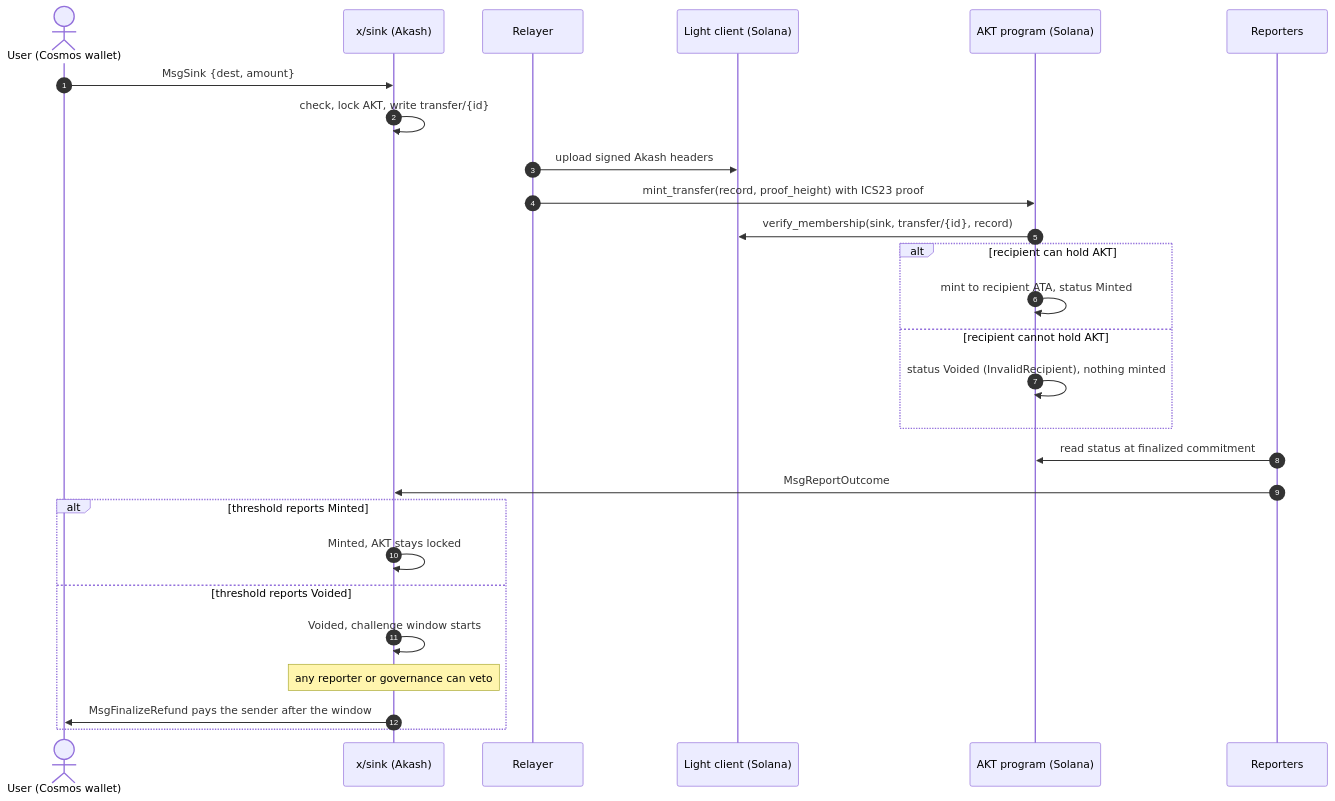
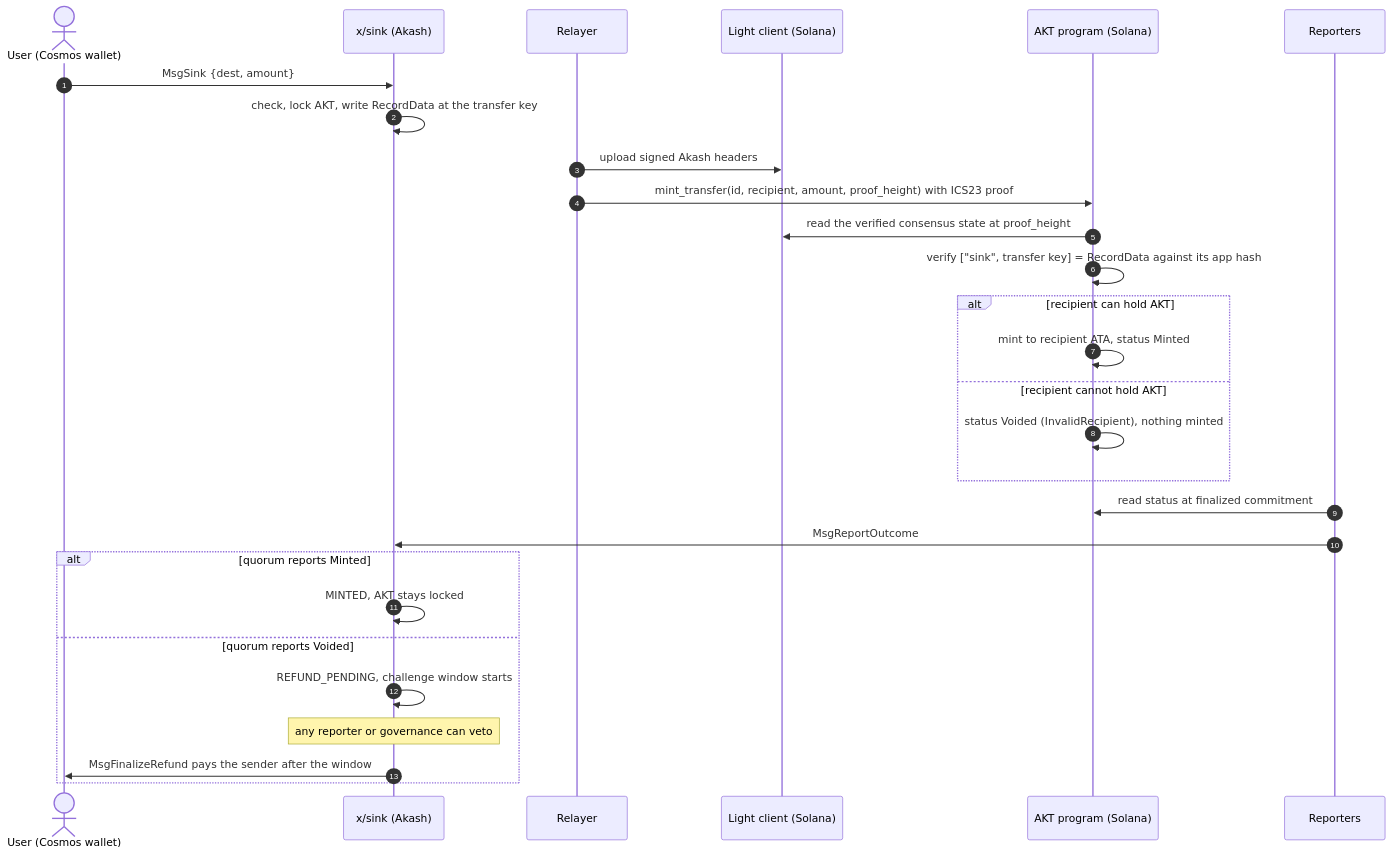
Before and after one commit to akash-network/website: the diagram in src/content/aeps/aep-95/README.md, drawn with Mermaid. The commit also changed other lines of this file and 1 other file, not shown here.

````diff
--- a/src/content/aeps/aep-95/README.md
+++ b/src/content/aeps/aep-95/README.md
@@ -96,30 +100,31 @@
 ```mermaid
 sequenceDiagram
     autonumber
     actor U as User (Cosmos wallet)
     participant S as x/sink (Akash)
     participant R as Relayer
     participant LC as Light client (Solana)
     participant M as AKT program (Solana)
     participant P as Reporters
 
     U->>S: MsgSink {dest, amount}
-    S->>S: check, lock AKT, write transfer/{id}
+    S->>S: check, lock AKT, write RecordData at the transfer key
     R->>LC: upload signed Akash headers
-    R->>M: mint_transfer(record, proof_height) with ICS23 proof
-    M->>LC: verify_membership(sink, transfer/{id}, record)
+    R->>M: mint_transfer(id, recipient, amount, proof_height) with ICS23 proof
+    M->>LC: read the verified consensus state at proof_height
+    M->>M: verify ["sink", transfer key] = RecordData against its app hash
     alt recipient can hold AKT
         M->>M: mint to recipient ATA, status Minted
     else recipient cannot hold AKT
         M->>M: status Voided (InvalidRecipient), nothing minted
     end
     P->>M: read status at finalized commitment
     P->>S: MsgReportOutcome
-    alt threshold reports Minted
-        S->>S: Minted, AKT stays locked
-    else threshold reports Voided
-        S->>S: Voided, challenge window starts
+    alt quorum reports Minted
+        S->>S: MINTED, AKT stays locked
+    else quorum reports Voided
+        S->>S: REFUND_PENDING, challenge window starts
         Note over S: any reporter or governance can veto
         S->>U: MsgFinalizeRefund pays the sender after the window
     end
 ```
````
